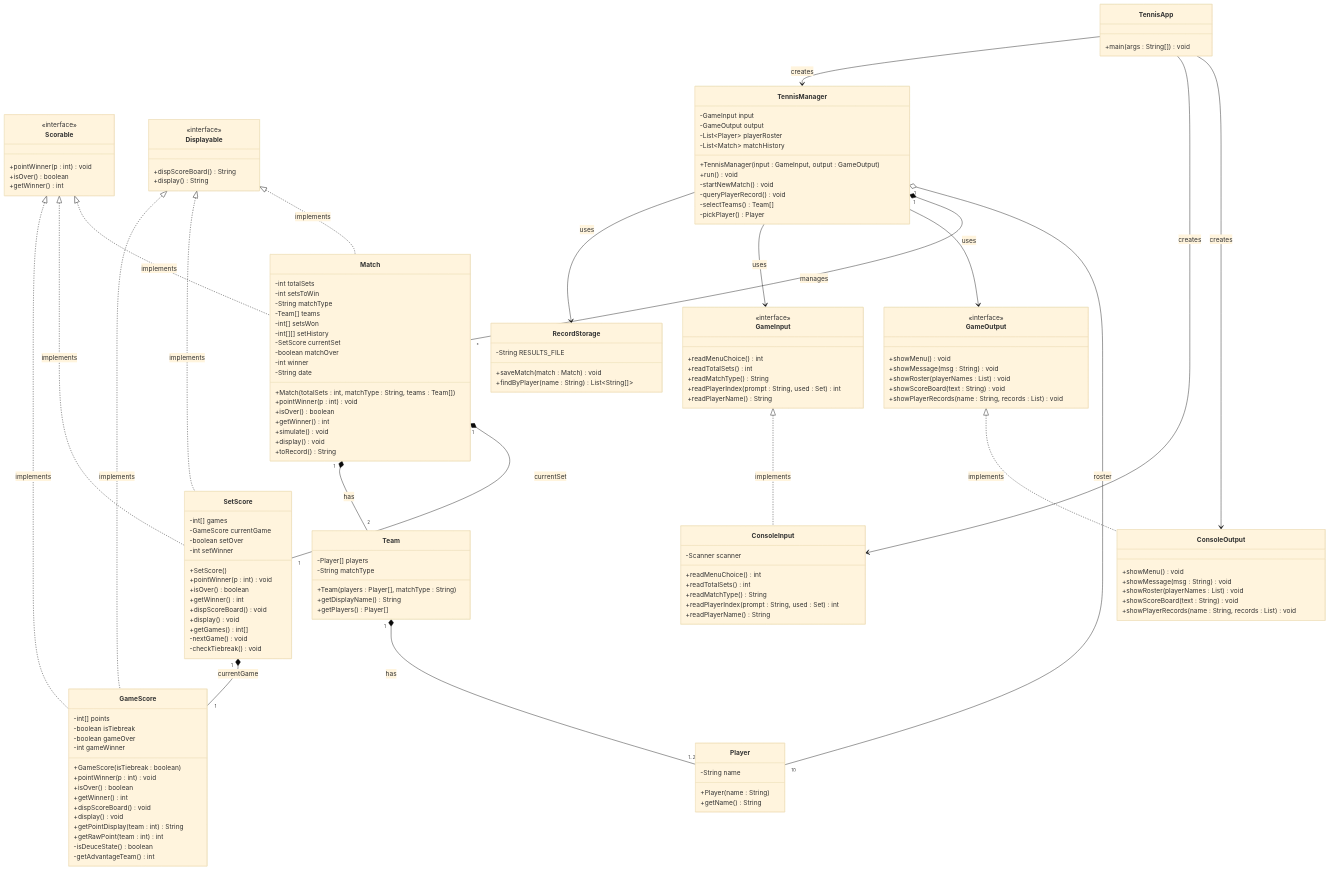
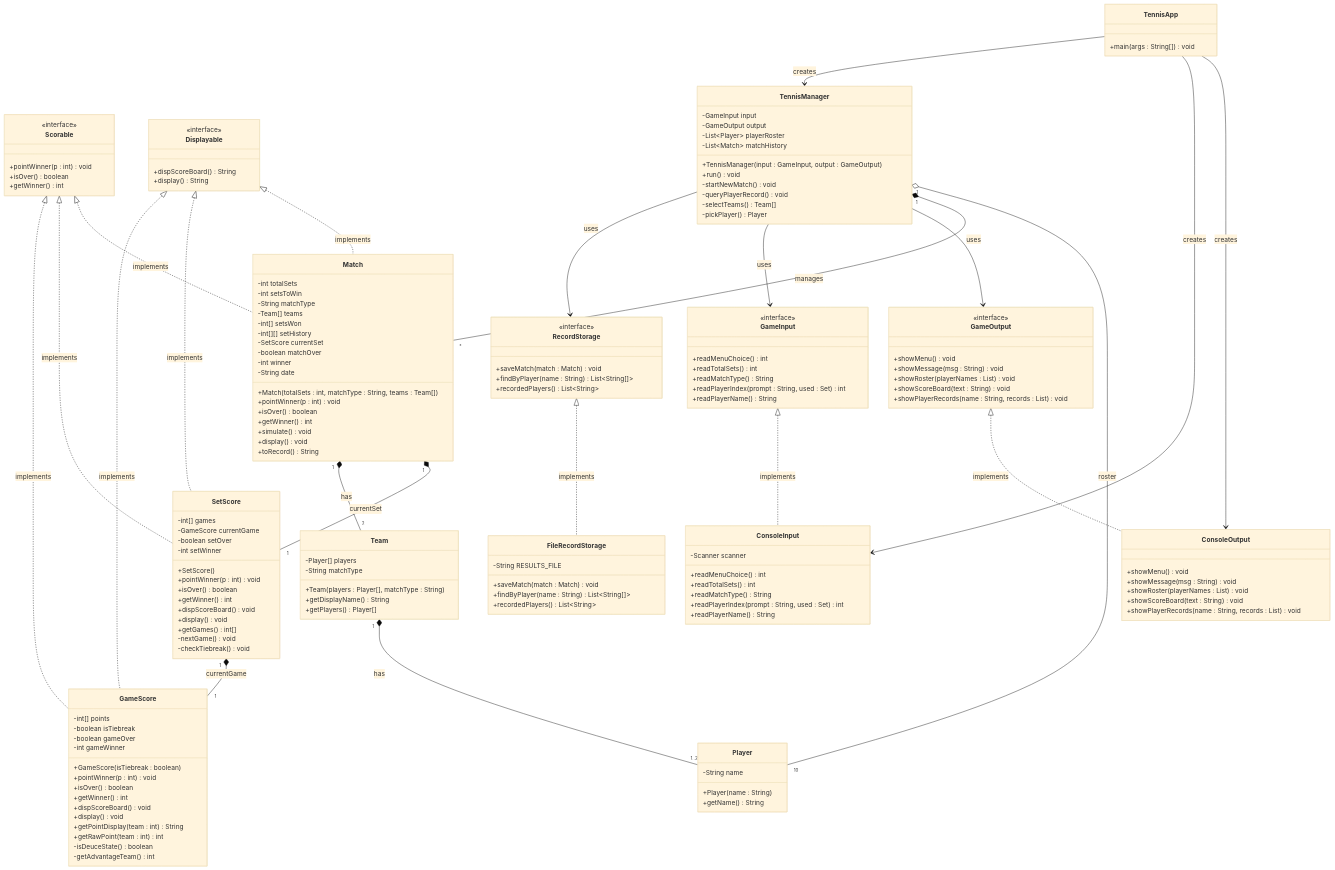
The diagram in class_diagram.md (gmake20/tennis_game), drawn with Mermaid (base theme) before and after one commit. The commit also changed other lines of this file, not shown here.

```diff
--- a/class_diagram.md
+++ b/class_diagram.md
@@ -57,9 +57,17 @@
     }
 
     class RecordStorage {
+        <<interface>>
+        +saveMatch(match : Match) void
+        +findByPlayer(name : String) List~String[]~
+        +recordedPlayers() List~String~
+    }
+
+    class FileRecordStorage {
         -String RESULTS_FILE
         +saveMatch(match : Match) void
         +findByPlayer(name : String) List~String[]~
+        +recordedPlayers() List~String~
     }
 
     %% ──────────────── Entry Point ────────────────
@@ -159,9 +167,10 @@
     Displayable <|.. GameScore      : implements
     Displayable <|.. SetScore       : implements
     Displayable <|.. Match          : implements
-    GameInput   <|.. ConsoleInput   : implements
-    GameOutput  <|.. ConsoleOutput  : implements
-    TennisManager --> RecordStorage : uses
+    GameInput   <|.. ConsoleInput        : implements
+    GameOutput  <|.. ConsoleOutput       : implements
+    RecordStorage <|.. FileRecordStorage : implements
+    TennisManager --> RecordStorage      : uses
     TennisManager --> GameInput     : uses
     TennisManager --> GameOutput    : uses
 
```
